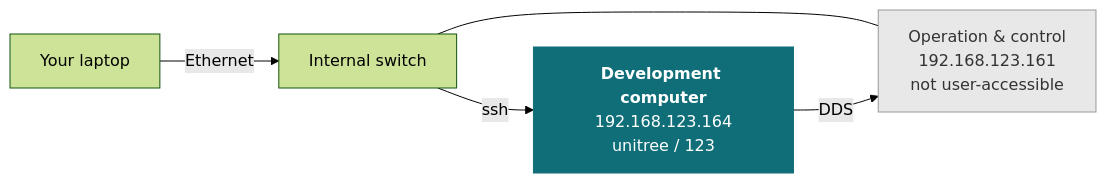
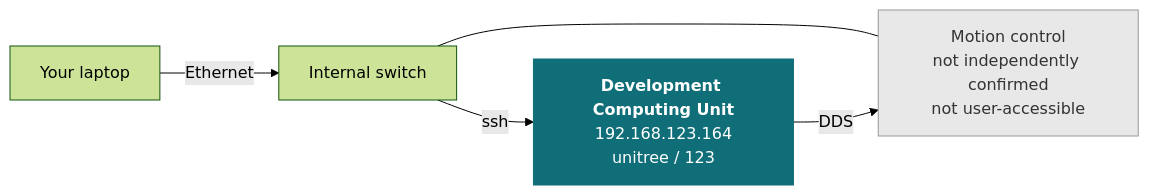
Before and after one commit to westonrobot/docs: the diagram in robot/humanoid/r1.md, drawn with Mermaid (forest theme). The commit also changed other lines of this file, not shown here.

Commit message:
robot(r1): fill variants, specifications,logins, network layout from wr_unitree_support

````diff
--- a/robot/humanoid/r1.md
+++ b/robot/humanoid/r1.md
@@ -101,9 +149,9 @@
 ```mermaid
 flowchart LR
     L["Your laptop"] -->|Ethernet| SW["Internal switch"]
-    SW -->|ssh| DEV["<b>Development computer</b><br/>192.168.123.164<br/>unitree / 123"]
-    SW --- CTL["Operation &amp; control<br/>192.168.123.161<br/>not user-accessible"]
+    SW -->|ssh| DEV["<b>Development Computing Unit</b><br/>192.168.123.164<br/>unitree / 123"]
+    SW --- CTL["Motion control<br/>not independently confirmed<br/>not user-accessible"]
     DEV -->|DDS| CTL
     style DEV fill:#0f6e78,stroke:#0f6e78,color:#fff
     style CTL fill:#e8e8e8,stroke:#999,color:#333
 ```
````
